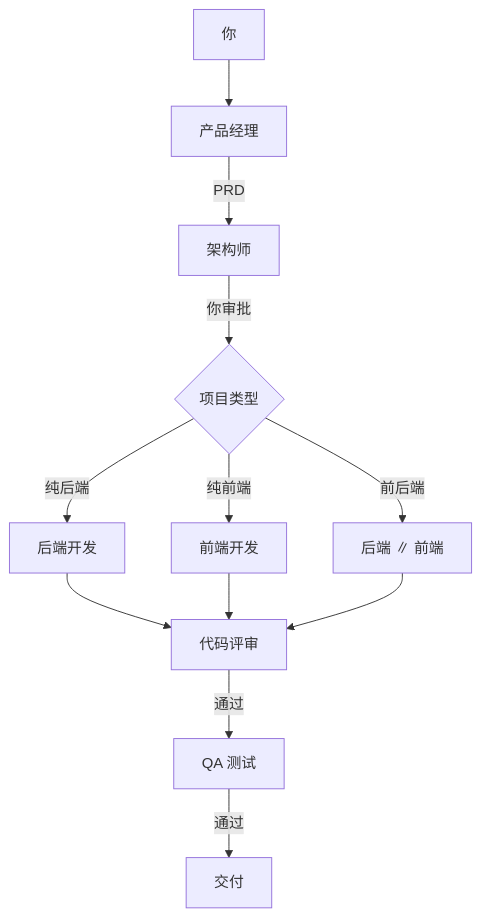
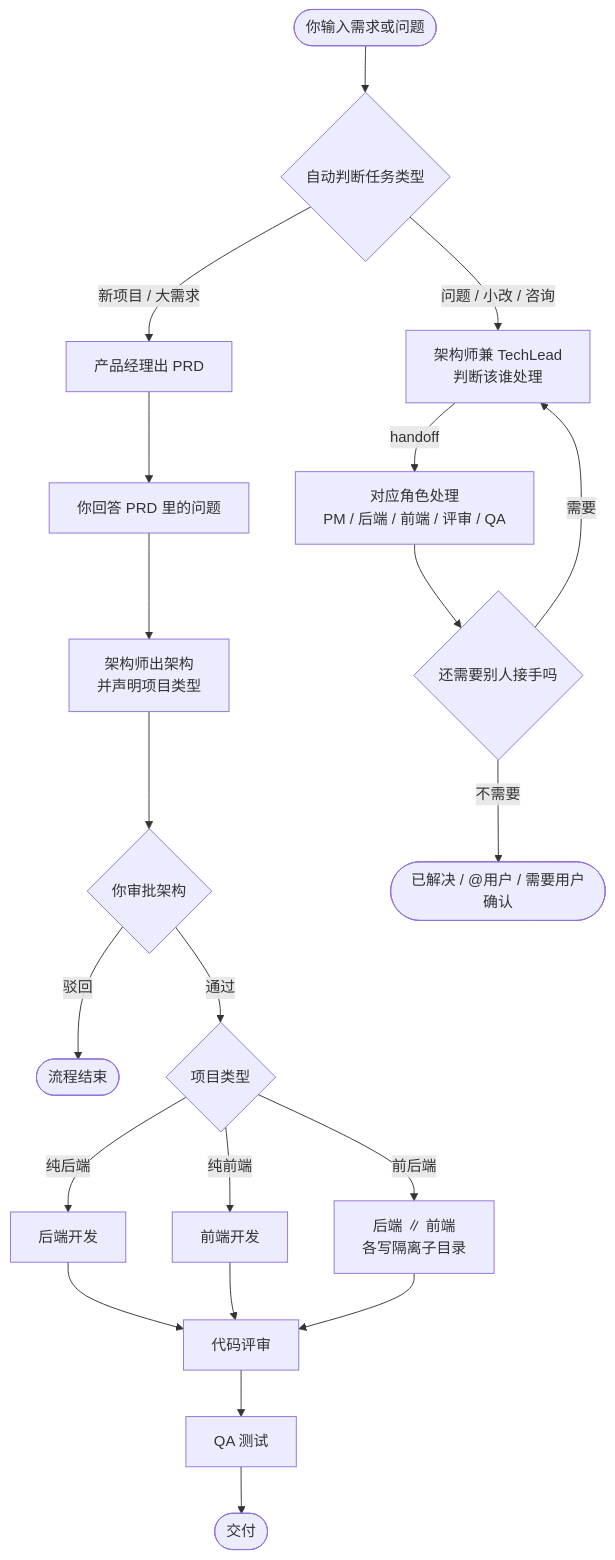
The diagram in README.md (LiuShiW/Description_agent_manager), drawn with Mermaid before and after one commit. The commit also changed other lines of this file, not shown here.

Commit message:
文档：README 流程图补上双模式与自动分流入口
- 原流程图只画了标准开发流程，与「双模式」描述不一致
- 补上自动判断任务类型的入口，以及群聊协作（TechLead handoff → 收敛）分支
- 修正审批驳回的实际行为：直接结束流程，不回炉重出
- 防循环描述由「三重」更正为四道检查（handoff 对重复 / 总数超限 / 重复输出 / 工具超限）+ 24 条消息上限
- 注明 CLI 只走标准流程，桌面端才是双模式入口

````diff
--- a/README.md
+++ b/README.md
@@ -33,16 +35,27 @@
 ```mermaid
 flowchart TD
-    U[你] --> PM[产品经理]
-    PM -->|PRD| AR[架构师]
-    AR -->|你审批| T{项目类型}
+    U([你输入需求或问题]) --> C{自动判断任务类型}
+
+    C -->|新项目 / 大需求| P1[产品经理出 PRD]
+    P1 --> P2[你回答 PRD 里的问题]
+    P2 --> P3[架构师出架构<br/>并声明项目类型]
+    P3 --> P4{你审批架构}
+    P4 -->|驳回| X1([流程结束])
+    P4 -->|通过| T{项目类型}
 
     T -->|纯后端| BE[后端开发]
     T -->|纯前端| FE[前端开发]
-    T -->|前后端| PAR[后端 ∥ 前端]
+    T -->|前后端| PAR[后端 ∥ 前端<br/>各写隔离子目录]
 
     BE --> RV[代码评审]
     FE --> RV
     PAR --> RV
-    RV -->|通过| QA[QA 测试]
-    QA -->|通过| D[交付]
+    RV --> QA[QA 测试]
+    QA --> D([交付])
+
+    C -->|问题 / 小改 / 咨询| S1[架构师兼 TechLead<br/>判断该谁处理]
+    S1 -->|handoff| S2[对应角色处理<br/>PM / 后端 / 前端 / 评审 / QA]
+    S2 --> S3{还需要别人接手吗}
+    S3 -->|需要| S1
+    S3 -->|不需要| S4([已解决 / @用户 / 需要用户确认])
 ```
````
